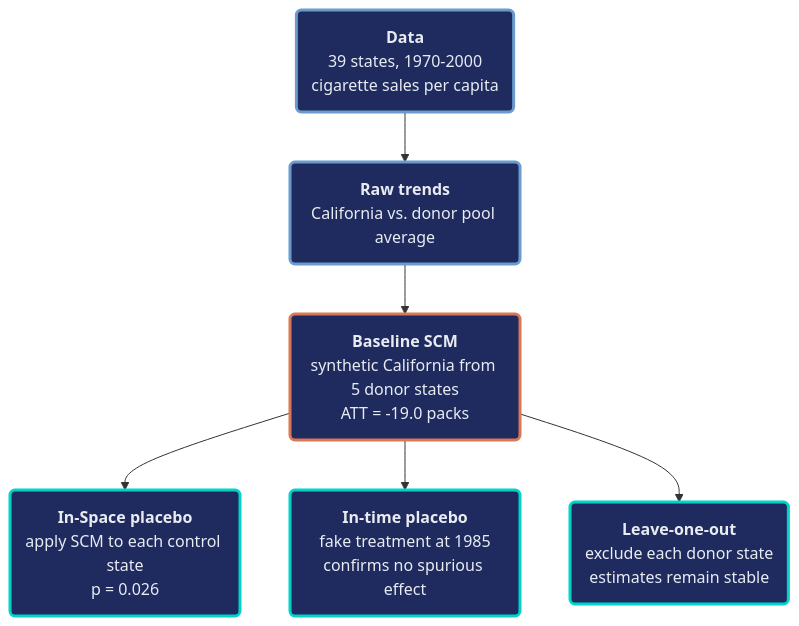
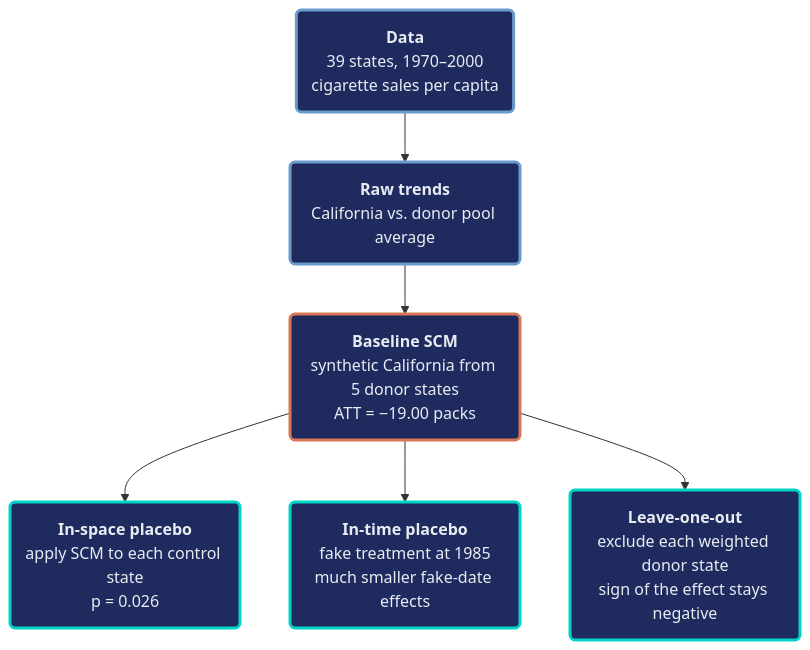
One commit to cmg777/starter-academic-v501 changed the diagram in content/post/stata_sc/index.md. Above: the diagram before and after it, drawn with Mermaid. The commit also changed other lines of this file and 16 other files, not shown here.

````diff
--- a/content/post/stata_sc/index.md
+++ b/content/post/stata_sc/index.md
@@ -85,21 +85,21 @@
 ```mermaid
 graph TD
-    DATA("<b>Data</b><br/>39 states, 1970-2000<br/>cigarette sales per capita")
+    DATA("<b>Data</b><br/>39 states, 1970–2000<br/>cigarette sales per capita")
     RAW("<b>Raw trends</b><br/>California vs. donor pool average")
-    SCM("<b>Baseline SCM</b><br/>synthetic California from 5 donor states<br/>ATT = -19.0 packs")
-    SPACE("<b>In-Space placebo</b><br/>apply SCM to each control state<br/>p = 0.026")
-    TIME("<b>In-time placebo</b><br/>fake treatment at 1985<br/>confirms no spurious effect")
-    LOO("<b>Leave-one-out</b><br/>exclude each donor state<br/>estimates remain stable")
+    SCM("<b>Baseline SCM</b><br/>synthetic California from 5 donor states<br/>ATT = −19.00 packs")
+    SPACE("<b>In-space placebo</b><br/>apply SCM to each control state<br/>p = 0.026")
+    TIME("<b>In-time placebo</b><br/>fake treatment at 1985<br/>much smaller fake-date effects")
+    LOO("<b>Leave-one-out</b><br/>exclude each weighted donor state<br/>sign of the effect stays negative")
 
     DATA --> RAW
     RAW --> SCM
     SCM --> SPACE
     SCM --> TIME
     SCM --> LOO
     classDef blue fill:#1f2b5e,stroke:#6a9bcc,stroke-width:3px,color:#e8ecf2
     classDef orange fill:#1f2b5e,stroke:#d97757,stroke-width:3px,color:#e8ecf2
     classDef teal fill:#1f2b5e,stroke:#00d4c8,stroke-width:3px,color:#e8ecf2
     class DATA,RAW blue
     class SCM orange
     class SPACE,TIME,LOO teal
 ```
````
